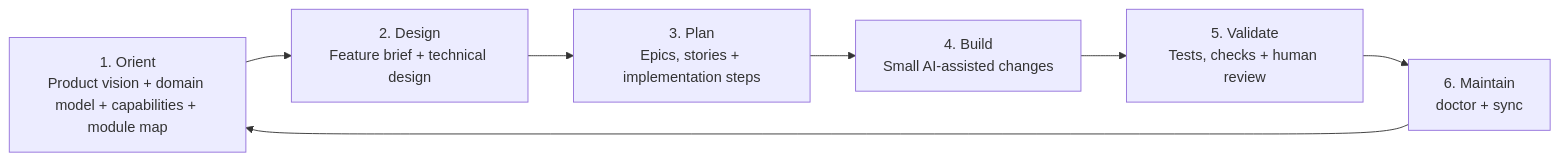
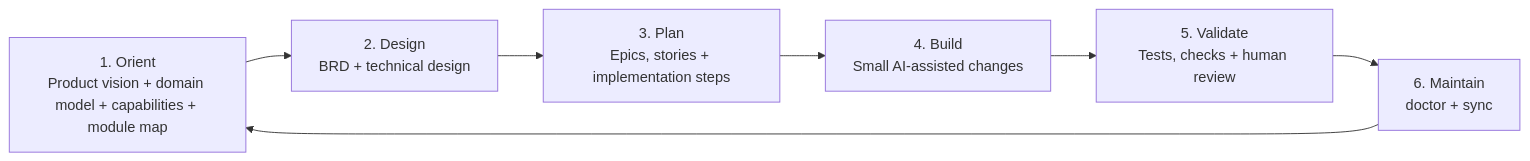
The first of 5 diagrams in README.md (juank11memphis/ai-augmented-workflow), drawn with Mermaid before and after one commit. The commit also changed other lines of this file and 35 other files, not shown here.

First line of the commit message:
feat!: replace feature briefs with BRD workflow

````diff
--- a/README.md
+++ b/README.md
@@ -124,9 +124,9 @@
 ```mermaid
 flowchart LR
-  orient["1. Orient<br/>Product vision + domain model + capabilities + module map"] --> design["2. Design<br/>Feature brief + technical design"]
+  orient["1. Orient<br/>Product vision + domain model + capabilities + module map"] --> design["2. Design<br/>BRD + technical design"]
   design --> plan["3. Plan<br/>Epics, stories + implementation steps"]
   plan --> build["4. Build<br/>Small AI-assisted changes"]
   build --> validate["5. Validate<br/>Tests, checks + human review"]
   validate --> maintain["6. Maintain<br/>doctor + sync"]
   maintain --> orient
 ```
````
